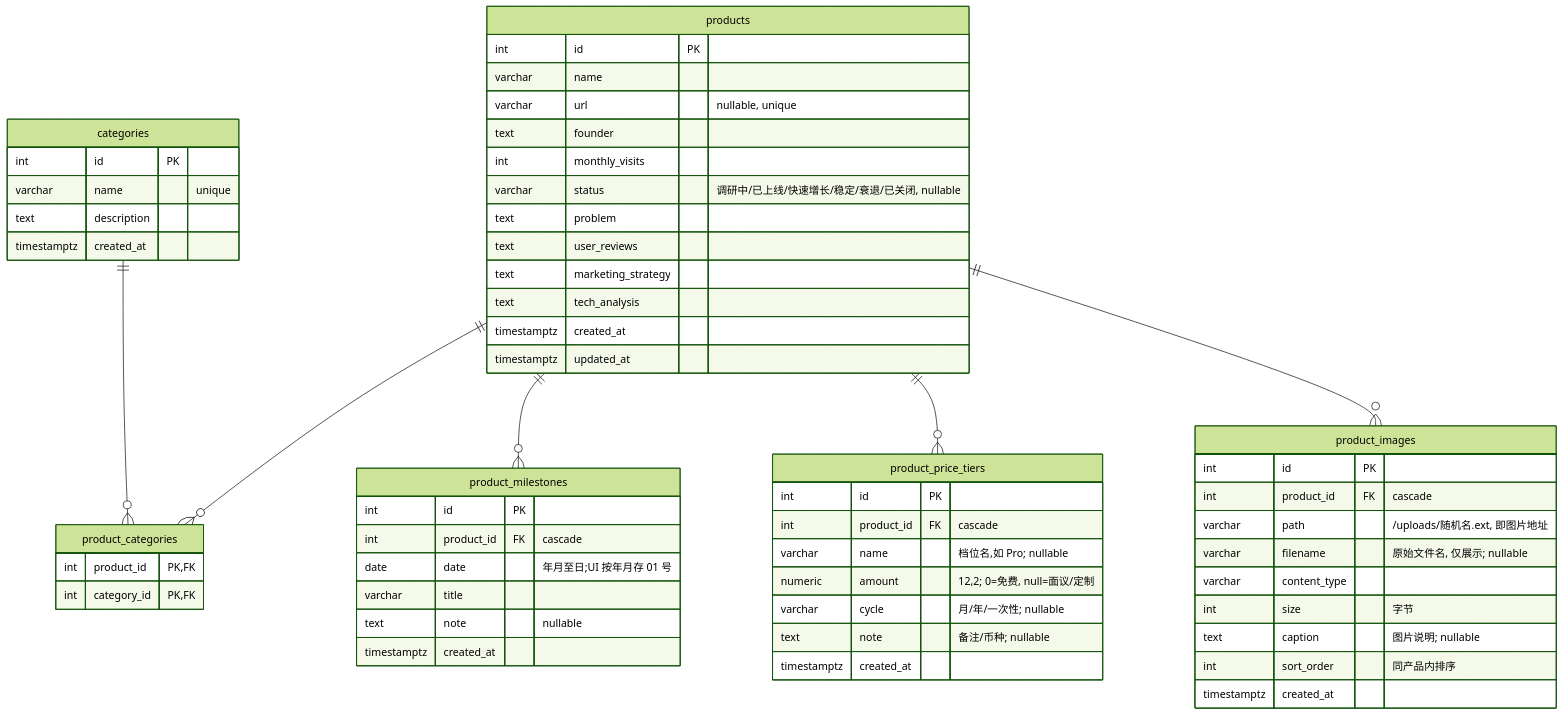
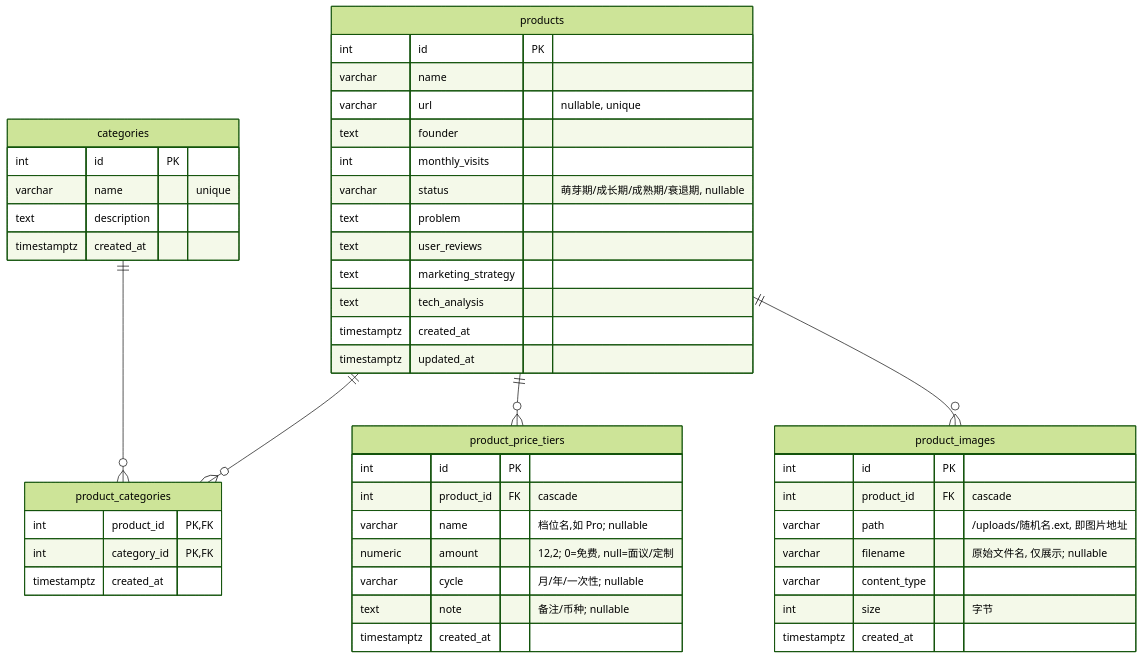
One commit to notrick-no/producthub changed the diagram in doc/架构.md. Above: the diagram before and after it, drawn with Mermaid (forest theme). The commit also changed other lines of this file and 32 other files, not shown here.

````diff
--- a/doc/架构.md
+++ b/doc/架构.md
@@ -74,60 +96,50 @@
 ```mermaid
 erDiagram
   products ||--o{ product_categories : ""
-  products ||--o{ product_milestones : ""
   products ||--o{ product_price_tiers : ""
   products ||--o{ product_images : ""
   categories ||--o{ product_categories : ""
   products {
     int id PK
     varchar name
     varchar url "nullable, unique"
     text founder
     int monthly_visits
-    varchar status "调研中/已上线/快速增长/稳定/衰退/已关闭, nullable"
+    varchar status "萌芽期/成长期/成熟期/衰退期, nullable"
     text problem
     text user_reviews
     text marketing_strategy
     text tech_analysis
     timestamptz created_at
     timestamptz updated_at
   }
   categories {
     int id PK
     varchar name "unique"
     text description
     timestamptz created_at
   }
   product_categories {
     int product_id PK,FK
     int category_id PK,FK
-  }
-  product_milestones {
-    int id PK
-    int product_id FK "cascade"
-    date date "年月至日;UI 按年月存 01 号"
-    varchar title
-    text note "nullable"
     timestamptz created_at
   }
   product_price_tiers {
     int id PK
     int product_id FK "cascade"
     varchar name "档位名,如 Pro; nullable"
     numeric amount "12,2; 0=免费, null=面议/定制"
     varchar cycle "月/年/一次性; nullable"
     text note "备注/币种; nullable"
     timestamptz created_at
   }
   product_images {
     int id PK
     int product_id FK "cascade"
     varchar path "/uploads/随机名.ext, 即图片地址"
     varchar filename "原始文件名, 仅展示; nullable"
     varchar content_type
     int size "字节"
-    text caption "图片说明; nullable"
-    int sort_order "同产品内排序"
     timestamptz created_at
   }
 ```
````
